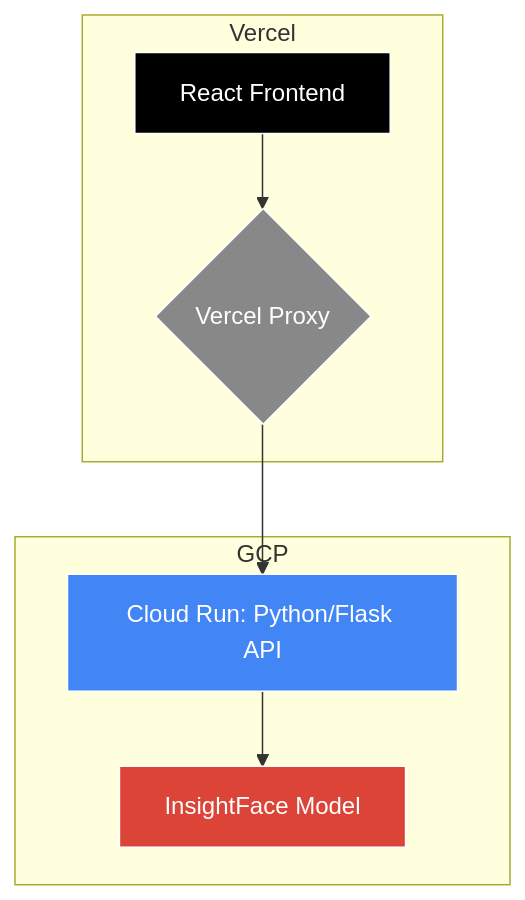
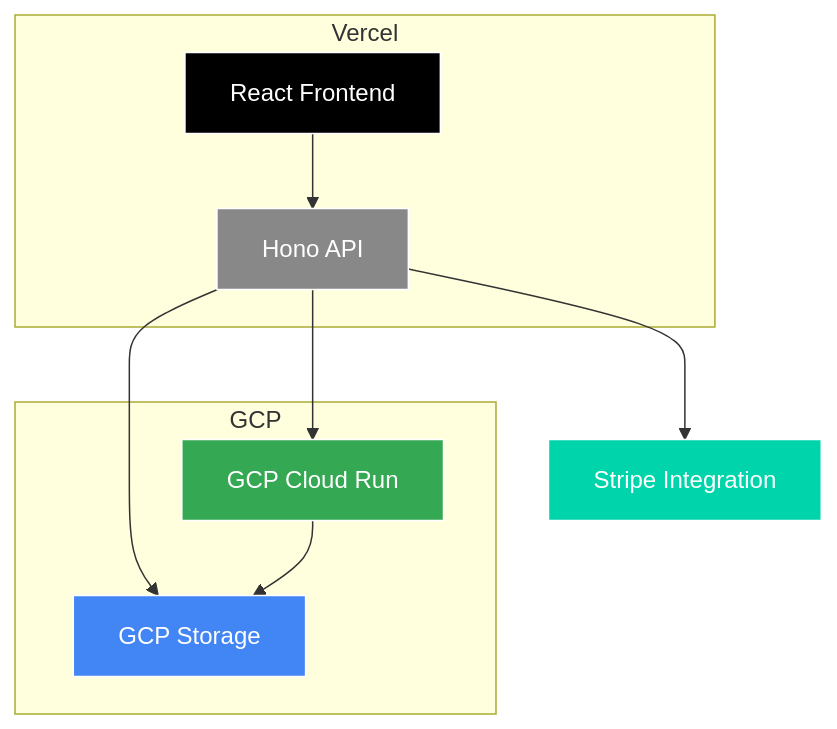
One commit to moistjuggernaut/Notary changed the diagram in README.md. Above: the diagram before and after it, drawn with Mermaid. The commit also changed other lines of this file and 23 other files, not shown here.

Commit message:
Move API to Vercel

````diff
--- a/README.md
+++ b/README.md
@@ -13,15 +14,18 @@
 ```mermaid
 graph TD
     subgraph Vercel
-        A[React Frontend] --> B{Vercel Proxy};
+        A[React Frontend] --> B[Hono API];
     end
     subgraph GCP
-        C[Cloud Run: Python/Flask API] --> D[InsightFace Model];
+        B --> C[GCP Storage];
+        B --> D[GCP Cloud Run];
+        D --> C;
     end
-    B --> C;
+    B --> E[Stripe Integration];
 
     style A fill:#000,color:#fff,stroke:#fff
     style B fill:#888,color:#fff,stroke:#fff
     style C fill:#4285F4,color:#fff,stroke:#fff
-    style D fill:#DB4437,color:#fff,stroke:#fff
+    style D fill:#34A853,color:#fff,stroke:#fff
+    style E fill:#00D4AA,color:#fff,stroke:#fff
 ```
````
